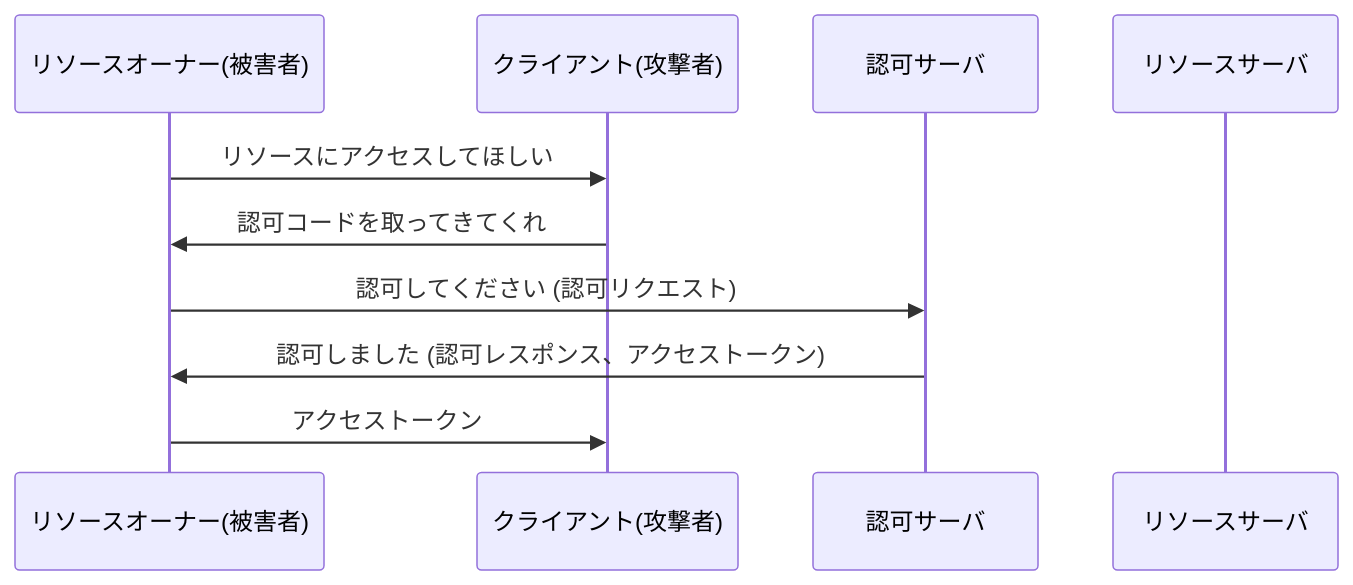
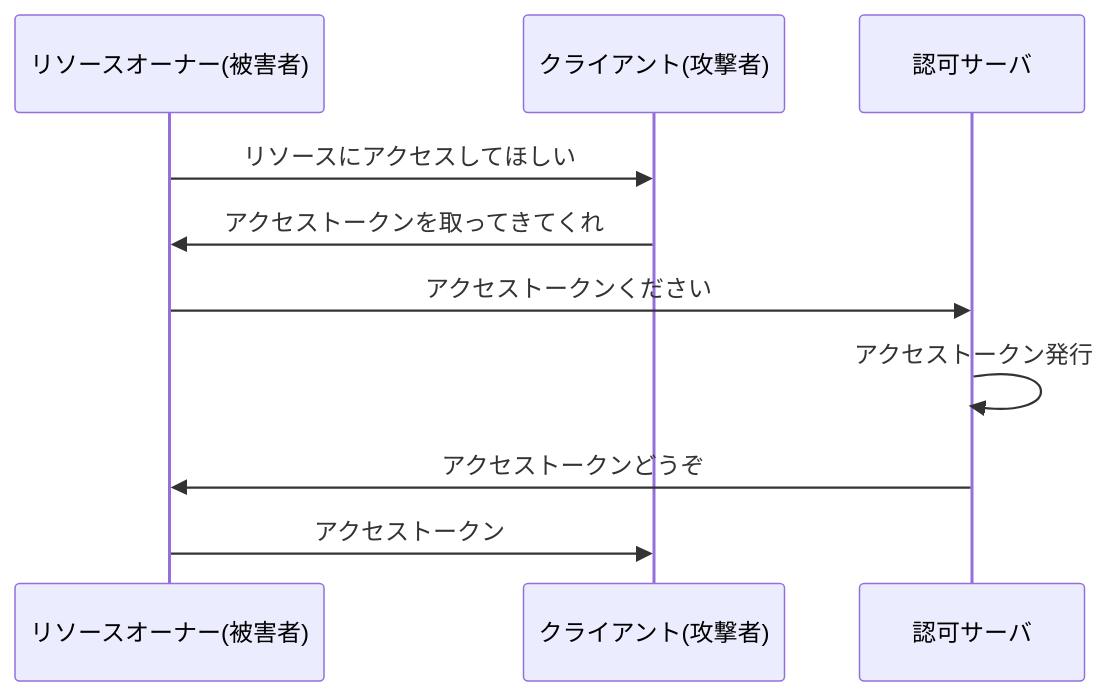
Before and after one commit to calloc134/zenn-dir: diagram 19 of 20 in articles/5e8da6c491e720.md, drawn with Mermaid. The commit also changed other lines of this file, not shown here.

````diff
--- a/articles/5e8da6c491e720.md
+++ b/articles/5e8da6c491e720.md
@@ -1716,13 +1724,13 @@
 ```mermaid
 sequenceDiagram
     participant リソースオーナー(被害者)
     participant クライアント(攻撃者)
     participant 認可サーバ
-    participant リソースサーバ
 
     リソースオーナー(被害者)->> クライアント(攻撃者): リソースにアクセスしてほしい
-    クライアント(攻撃者)->> リソースオーナー(被害者): 認可コードを取ってきてくれ
-    リソースオーナー(被害者)->> 認可サーバ: 認可してください (認可リクエスト)
-    認可サーバ->> リソースオーナー(被害者): 認可しました (認可レスポンス、アクセストークン)
+    クライアント(攻撃者)->> リソースオーナー(被害者): アクセストークンを取ってきてくれ
+    リソースオーナー(被害者)->> 認可サーバ: アクセストークンください
+    認可サーバ->> 認可サーバ: アクセストークン発行
+    認可サーバ->> リソースオーナー(被害者): アクセストークンどうぞ
     リソースオーナー(被害者)->> クライアント(攻撃者): アクセストークン
 ```
````
